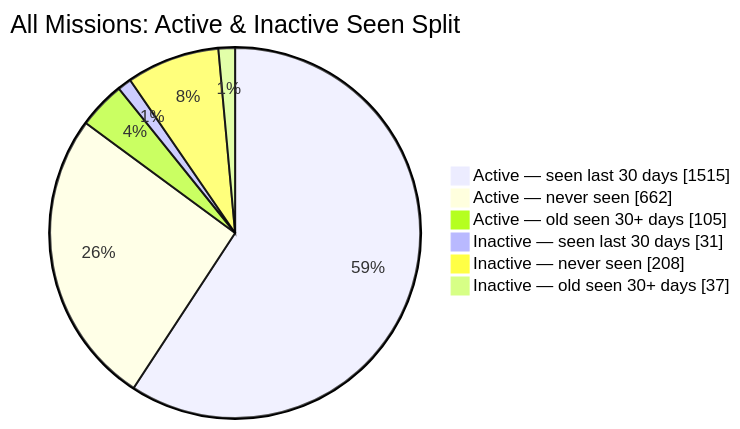
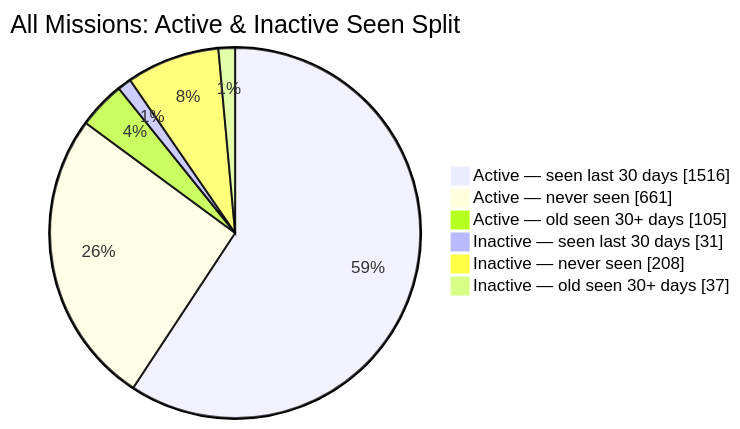
One commit to MeldkamerspelGameTeam/active-missions changed the second of 2 diagrams in README.md. Above: the diagram before and after it, drawn with Mermaid. The commit also changed other lines of this file and 2 other files, not shown here.

````diff
--- a/README.md
+++ b/README.md
@@ -44,10 +44,10 @@
 ```mermaid
 pie showData
     title All Missions: Active & Inactive Seen Split
-    "Active — seen last 30 days" : 1515
-    "Active — never seen" : 662
+    "Active — seen last 30 days" : 1516
+    "Active — never seen" : 661
     "Active — old seen 30+ days" : 105
     "Inactive — seen last 30 days" : 31
     "Inactive — never seen" : 208
     "Inactive — old seen 30+ days" : 37
 ```
````
